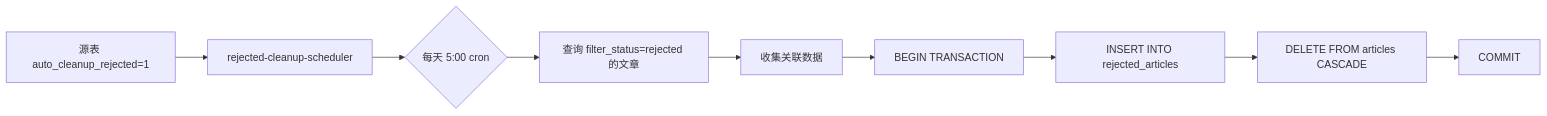
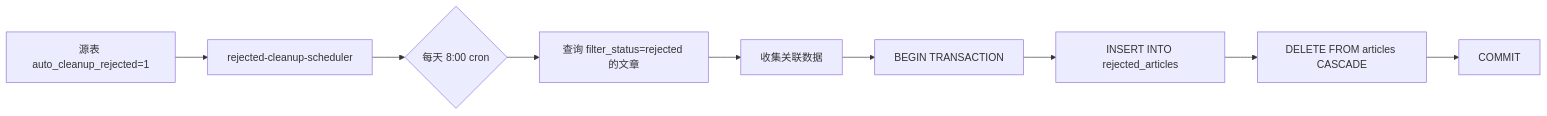
Before and after one commit to xulei-shl/lis-rss-daily: the diagram in docs/handoffs/08-rejected-cleanup.md, drawn with Mermaid. The commit also changed other lines of this file and 4 other files, not shown here.

````diff
--- a/docs/handoffs/08-rejected-cleanup.md
+++ b/docs/handoffs/08-rejected-cleanup.md
@@ -22,11 +22,11 @@
 ```mermaid
 flowchart LR
     A[源表 auto_cleanup_rejected=1] --> B[rejected-cleanup-scheduler]
-    B --> C{每天 5:00 cron}
+    B --> C{每天 8:00 cron}
     C --> D[查询 filter_status=rejected 的文章]
     D --> E[收集关联数据]
     E --> F[BEGIN TRANSACTION]
     F --> G[INSERT INTO rejected_articles]
     G --> H[DELETE FROM articles CASCADE]
     H --> I[COMMIT]
 ```
````
